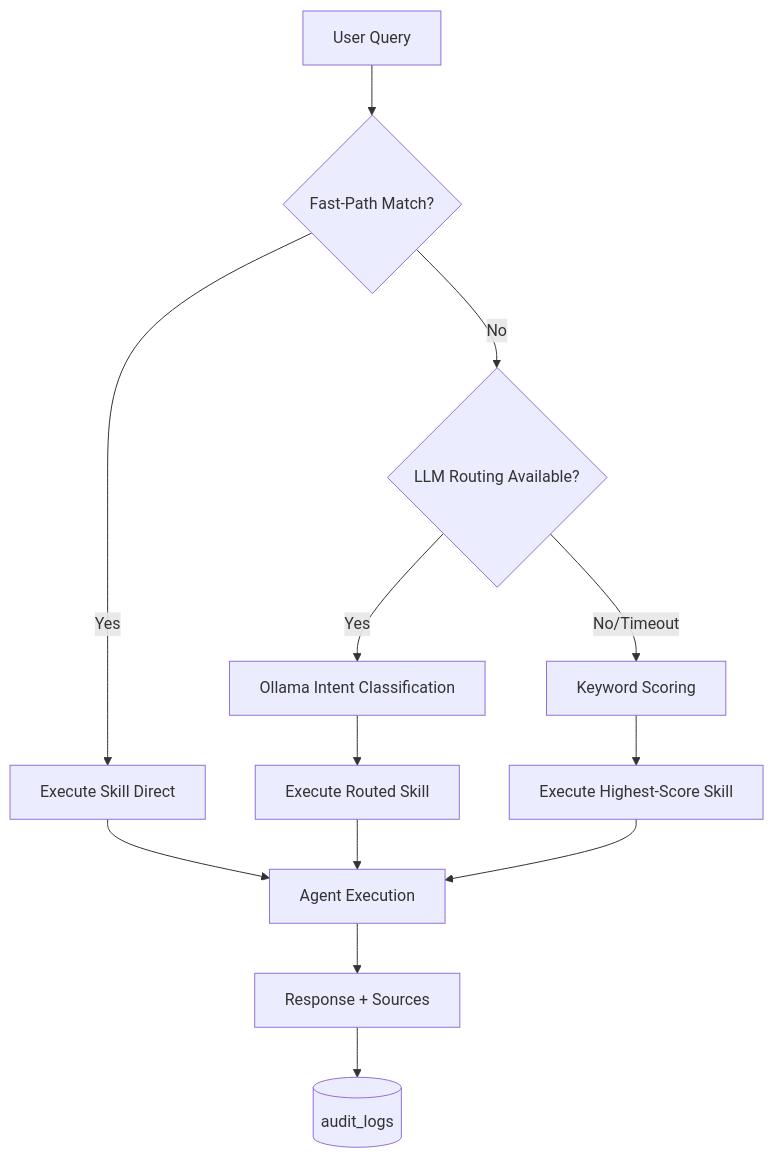
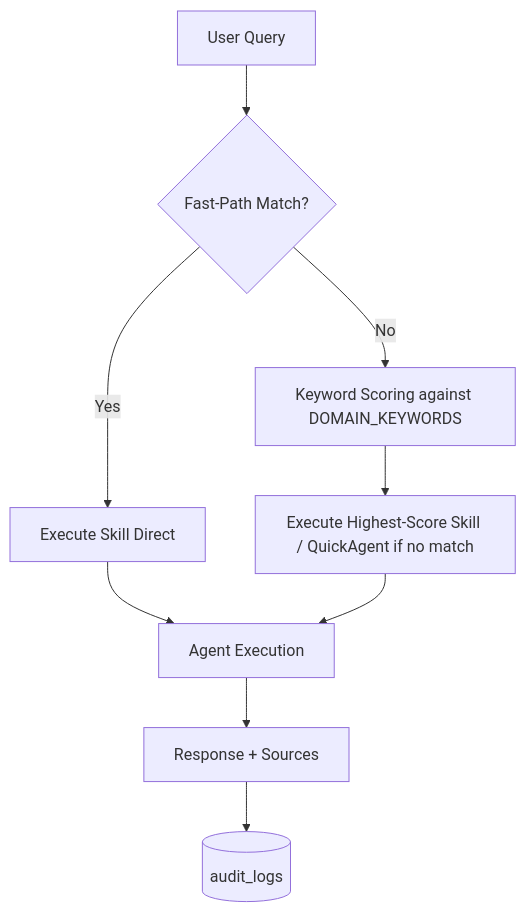
The first of 2 diagrams in knowledge-specs/docs/03-skills/skills-framework.md (pdikondaaa/aa-hackathon), drawn with Mermaid before and after one commit. The commit also changed other lines of this file and 71 other files, not shown here.

````diff
--- a/knowledge-specs/docs/03-skills/skills-framework.md
+++ b/knowledge-specs/docs/03-skills/skills-framework.md
@@ -127,13 +127,10 @@
 ```mermaid
 flowchart TD
     Q[User Query] --> FP{Fast-Path Match?}
     FP -- Yes --> SK1[Execute Skill Direct]
-    FP -- No --> LLM{LLM Routing Available?}
-    LLM -- Yes --> LR[Ollama Intent Classification]
-    LR --> SK2[Execute Routed Skill]
-    LLM -- No/Timeout --> KW[Keyword Scoring]
-    KW --> SK3[Execute Highest-Score Skill]
-    SK1 & SK2 & SK3 --> EX[Agent Execution]
+    FP -- No --> KW[Keyword Scoring against DOMAIN_KEYWORDS]
+    KW --> SK3[Execute Highest-Score Skill / QuickAgent if no match]
+    SK1 & SK3 --> EX[Agent Execution]
     EX --> RS[Response + Sources]
     RS --> DB[(audit_logs)]
 ```
````
